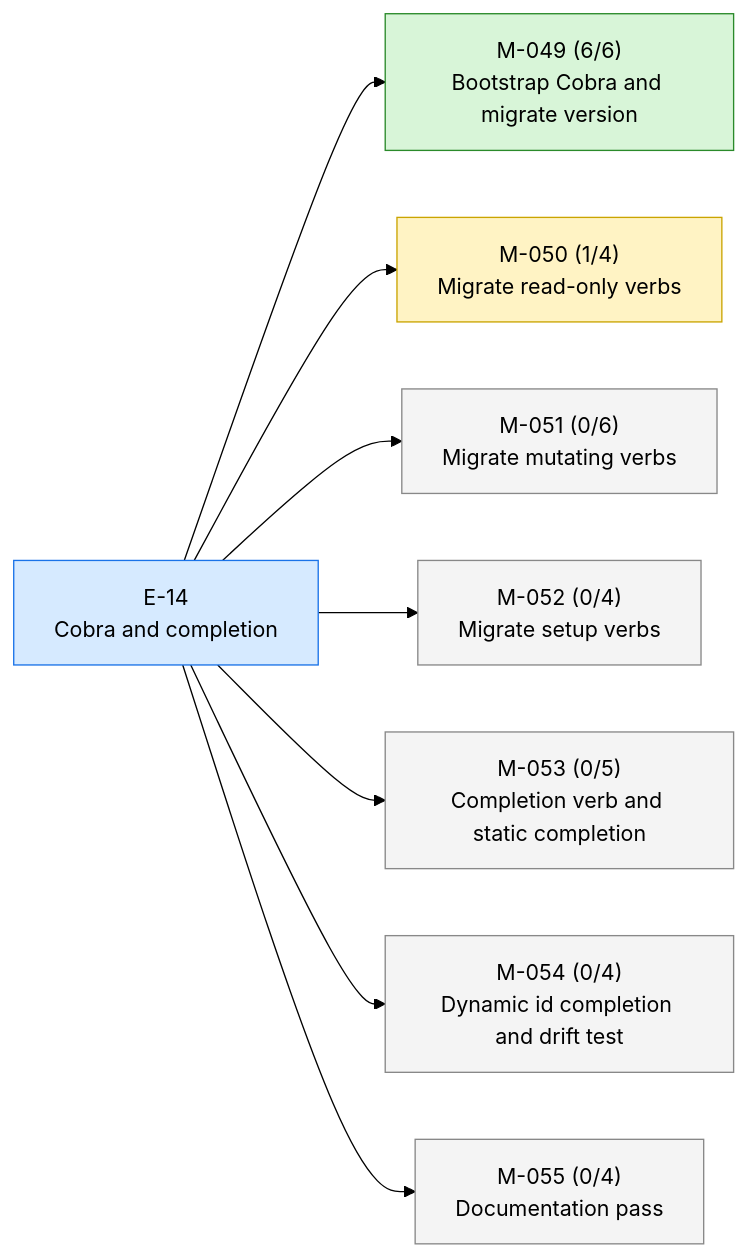
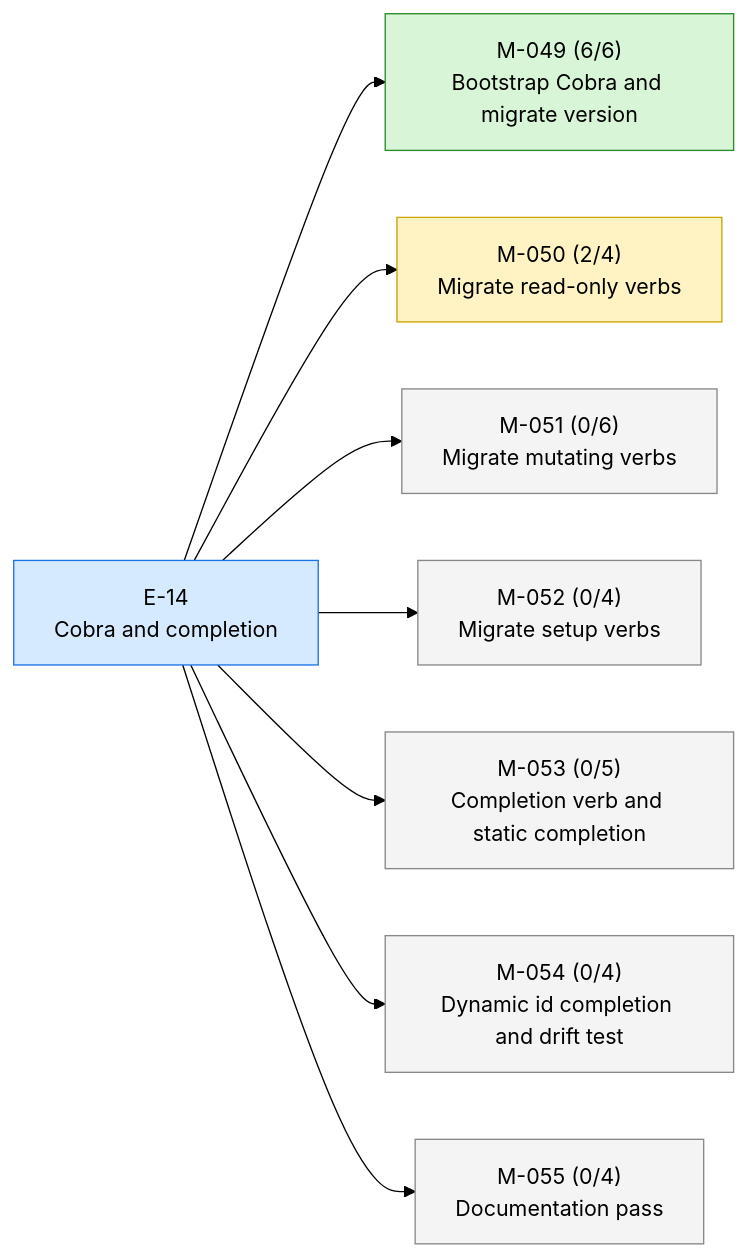
One commit to 23min/aiwf changed the first of 2 diagrams in STATUS.md. Above: the diagram before and after it, drawn with Mermaid (forest theme). The commit also changed other lines of this file and 1 other file, not shown here.

````diff
--- a/STATUS.md
+++ b/STATUS.md
@@ -17,24 +17,24 @@
 ```mermaid
 flowchart LR
   E_14["E-14<br/>Cobra and completion"]:::epic_active
   M_049["M-049 (6/6)<br/>Bootstrap Cobra and migrate version"]:::ms_done
   E_14 --> M_049
-  M_050["M-050 (1/4)<br/>Migrate read-only verbs"]:::ms_in_progress
+  M_050["M-050 (2/4)<br/>Migrate read-only verbs"]:::ms_in_progress
   E_14 --> M_050
   M_051["M-051 (0/6)<br/>Migrate mutating verbs"]:::ms_draft
   E_14 --> M_051
   M_052["M-052 (0/4)<br/>Migrate setup verbs"]:::ms_draft
   E_14 --> M_052
   M_053["M-053 (0/5)<br/>Completion verb and static completion"]:::ms_draft
   E_14 --> M_053
   M_054["M-054 (0/4)<br/>Dynamic id completion and drift test"]:::ms_draft
   E_14 --> M_054
   M_055["M-055 (0/4)<br/>Documentation pass"]:::ms_draft
   E_14 --> M_055
   classDef epic_active fill:#d6eaff,stroke:#1a73e8,color:#000
   classDef epic_proposed fill:#f4f4f4,stroke:#888,color:#000
   classDef ms_done fill:#d8f5d8,stroke:#2a8a2a,color:#000
   classDef ms_in_progress fill:#fff3c4,stroke:#caa400,color:#000
   classDef ms_draft fill:#f4f4f4,stroke:#888,color:#000
   classDef ms_cancelled fill:#fbeaea,stroke:#c33,color:#000
 ```
````
